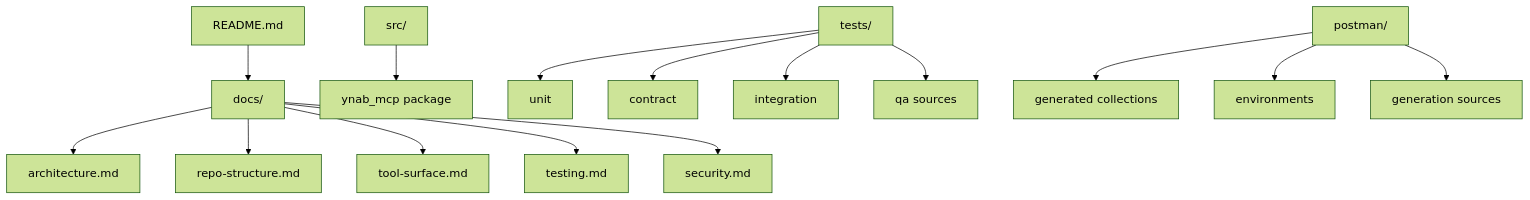
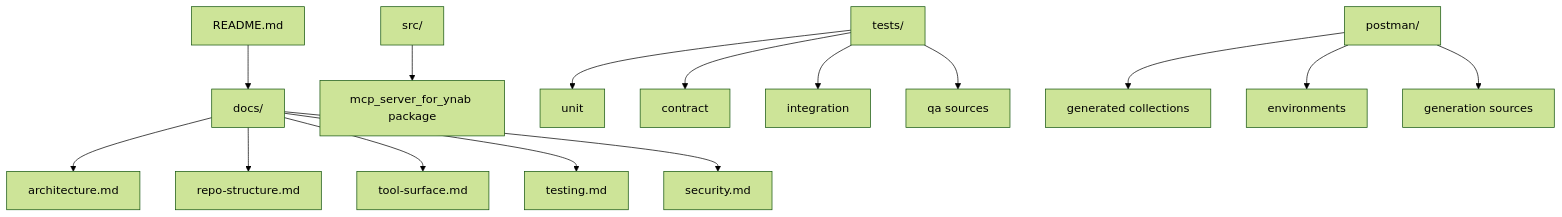
The diagram in docs/repo-structure.md (hs737/mcp-server-for-ynab), drawn with Mermaid (forest theme) before and after one commit. The commit also changed other lines of this file and 166 other files, not shown here.

````diff
--- a/docs/repo-structure.md
+++ b/docs/repo-structure.md
@@ -41,17 +41,17 @@
 ```mermaid
 flowchart TD
     A["README.md"] --> B["docs/"]
     B --> C["architecture.md"]
     B --> D["repo-structure.md"]
     B --> E["tool-surface.md"]
     B --> F["testing.md"]
     B --> G["security.md"]
-    H["src/"] --> I["ynab_mcp package"]
+    H["src/"] --> I["mcp_server_for_ynab package"]
     J["tests/"] --> K["unit"]
     J --> L["contract"]
     J --> M["integration"]
     J --> N["qa sources"]
     O["postman/"] --> P["generated collections"]
     O --> Q["environments"]
     O --> R["generation sources"]
 ```
````
